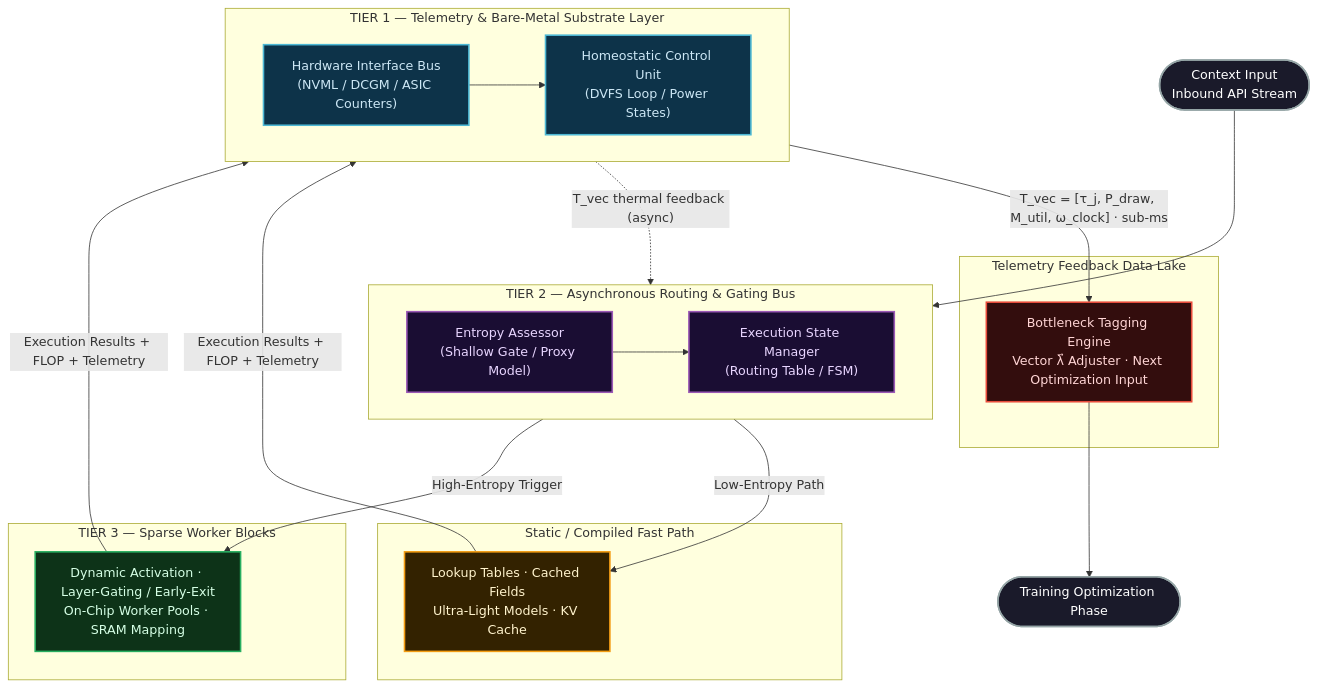
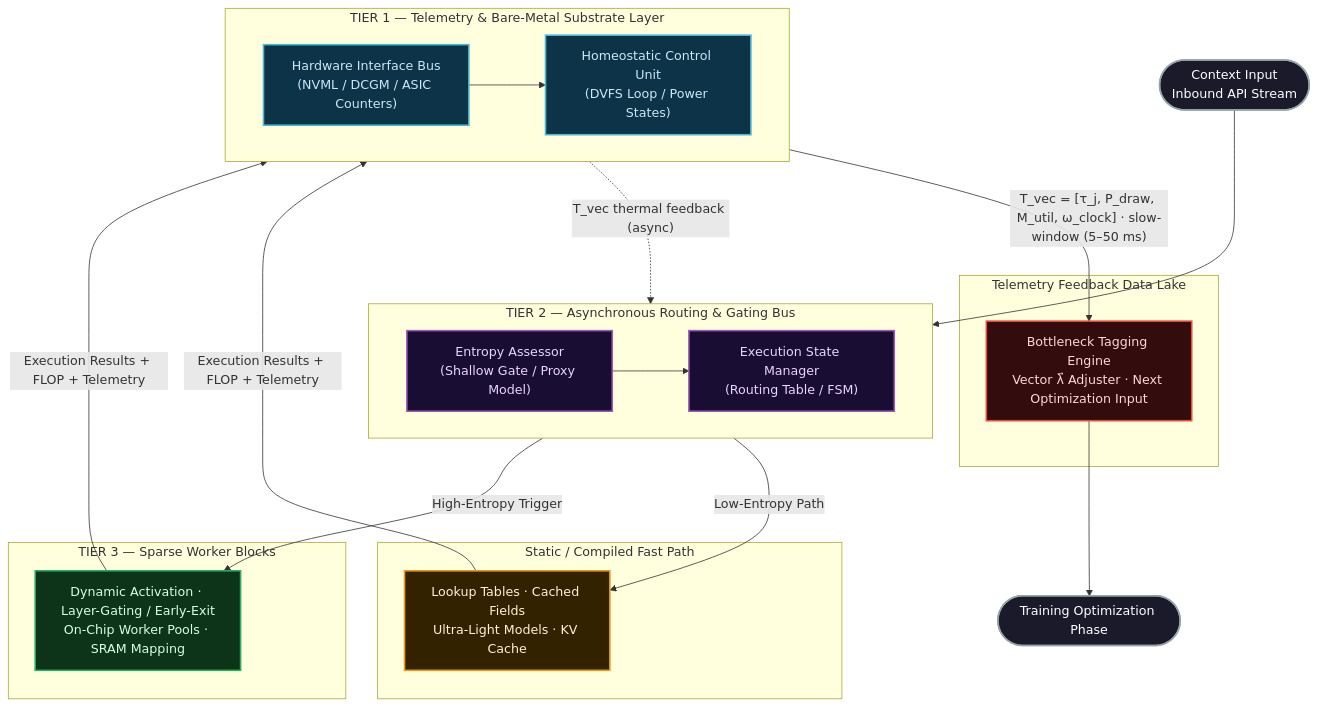
Before and after one commit to loss-plus-lambda/tbi-spec: the diagram in README.md, drawn with Mermaid. The commit also changed other lines of this file and 4 other files, not shown here.

Commit message:
Fix KaTeX and Mermaid rendering issues

````diff
--- a/README.md
+++ b/README.md
@@ -131,50 +131,50 @@
 ```mermaid
 %%{init: {"flowchart": {"curve": "basis", "nodeSpacing": 48, "rankSpacing": 72}}}%%
 flowchart TB
     classDef tier1 fill:#0d3349,stroke:#4db8d4,stroke-width:2px,color:#cce7f5
     classDef tier2 fill:#1a0d33,stroke:#9b59b6,stroke-width:2px,color:#e8d5ff
     classDef tier3 fill:#0d3318,stroke:#27ae60,stroke-width:2px,color:#d5ffe5
     classDef fp    fill:#332200,stroke:#f39c12,stroke-width:2px,color:#fff3cc
     classDef dl    fill:#330d0d,stroke:#e74c3c,stroke-width:2px,color:#ffd5d5
     classDef io    fill:#1a1a2a,stroke:#95a5a6,stroke-width:2px,color:#ffffff
 
     INPUT(["Context Input<br/>Inbound API Stream"]):::io
 
     subgraph T2["TIER 2 — Asynchronous Routing & Gating Bus"]
         direction LR
         EA["Entropy Assessor<br/>(Shallow Gate / Proxy Model)"]:::tier2
         ESM["Execution State Manager<br/>(Routing Table / FSM)"]:::tier2
         EA --> ESM
     end
 
     INPUT --> EA
 
     subgraph FP["Static / Compiled Fast Path"]
         FPD["Lookup Tables · Cached Fields<br/>Ultra-Light Models · KV Cache"]:::fp
     end
 
     subgraph T3["TIER 3 — Sparse Worker Blocks"]
         T3D["Dynamic Activation · Layer-Gating / Early-Exit<br/>On-Chip Worker Pools · SRAM Mapping"]:::tier3
     end
 
     ESM -- "Low-Entropy Path" --> FPD
     ESM -- "High-Entropy Trigger" --> T3D
 
     subgraph T1["TIER 1 — Telemetry & Bare-Metal Substrate Layer"]
         direction LR
         HIB["Hardware Interface Bus<br/>(NVML / DCGM / ASIC Counters)"]:::tier1
         HCU["Homeostatic Control Unit<br/>(DVFS Loop / Power States)"]:::tier1
         HIB --> HCU
     end
 
     FPD -- "Execution Results + FLOP + Telemetry" --> HIB
     T3D -- "Execution Results + FLOP + Telemetry" --> HIB
 
     subgraph DL["Telemetry Feedback Data Lake"]
         DLD["Bottleneck Tagging Engine<br/>Vector λ⃗ Adjuster · Next Optimization Input"]:::dl
     end
 
-    HCU -- "T_vec = [τ_j, P_draw, M_util, ω_clock] · sub-ms" --> DLD
+    HCU -- "T_vec = [τ_j, P_draw, M_util, ω_clock] · slow-window (5–50 ms)" --> DLD
     HCU -. "T_vec thermal feedback (async)" .-> EA
     DLD --> OPT(["Training Optimization Phase"]):::io
 ```
````
